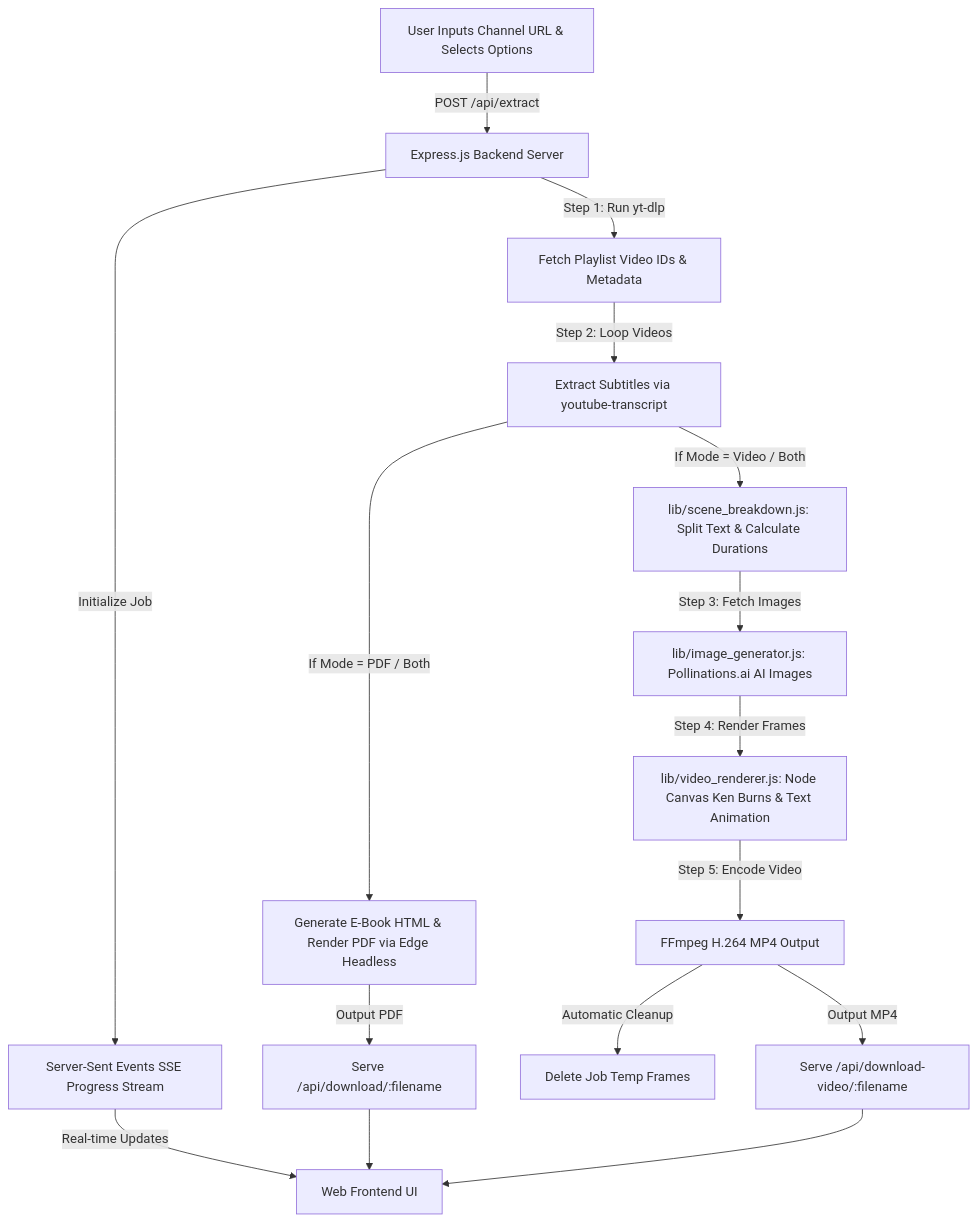
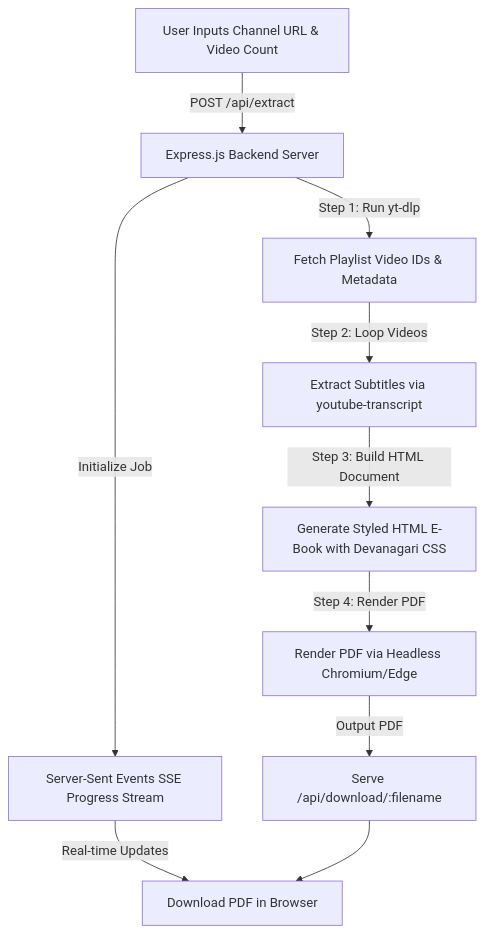
Before and after one commit to sonuukush/YouTube-Script-PDF-Generator: the diagram in README.md, drawn with Mermaid. The commit also changed other lines of this file and 8 other files, not shown here.

Commit message:
Revert application to clean PDF E-Book Generator pipeline

````diff
--- a/README.md
+++ b/README.md
@@ -42,23 +33,15 @@
 ```mermaid
 flowchart TD
-    A[User Inputs Channel URL & Selects Options] -->|POST /api/extract| B[Express.js Backend Server]
+    A[User Inputs Channel URL & Video Count] -->|POST /api/extract| B[Express.js Backend Server]
     B -->|Initialize Job| C[Server-Sent Events SSE Progress Stream]
     C -->|Real-time Updates| UI[Web Frontend UI]
     
     B -->|Step 1: Run yt-dlp| D[Fetch Playlist Video IDs & Metadata]
     D -->|Step 2: Loop Videos| E[Extract Subtitles via youtube-transcript]
     
-    E -->|If Mode = PDF / Both| F[Generate E-Book HTML & Render PDF via Edge Headless]
-    E -->|If Mode = Video / Both| G[lib/scene_breakdown.js: Split Text & Calculate Durations]
+    E -->|Step 3: Build HTML Document| F[Generate Styled HTML E-Book with Devanagari CSS]
+    F -->|Step 4: Render PDF| G[Render PDF via Headless Chromium/Edge]
     
-    G -->|Step 3: Fetch Images| H[lib/image_generator.js: Pollinations.ai AI Images]
-    H -->|Step 4: Render Frames| I[lib/video_renderer.js: Node Canvas Ken Burns & Text Animation]
-    I -->|Step 5: Encode Video| J[FFmpeg H.264 MP4 Output]
-    J -->|Automatic Cleanup| K[Delete Job Temp Frames]
-    
-    F -->|Output PDF| L[Serve /api/download/:filename]
-    J -->|Output MP4| M[Serve /api/download-video/:filename]
-    
-    L --> UI
-    M --> UI
+    G -->|Output PDF| H[Serve /api/download/:filename]
+    H --> UI[Download PDF in Browser]
 ```
````
